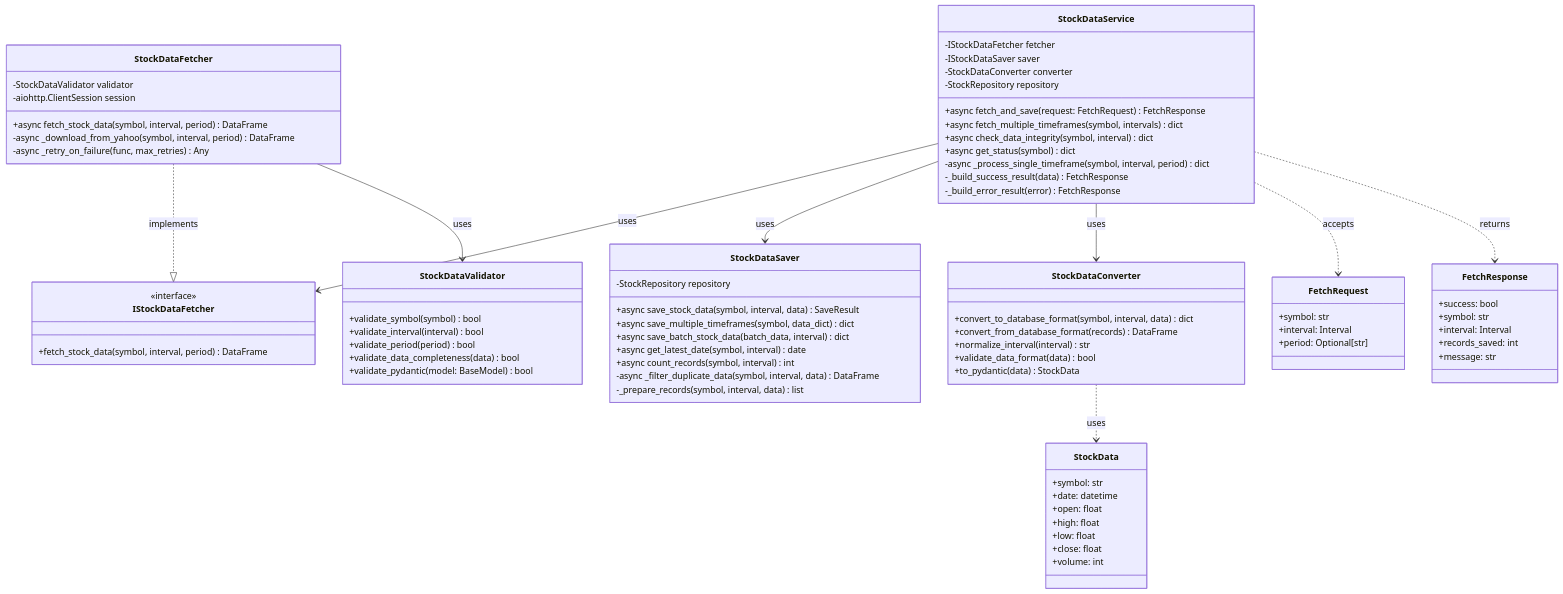
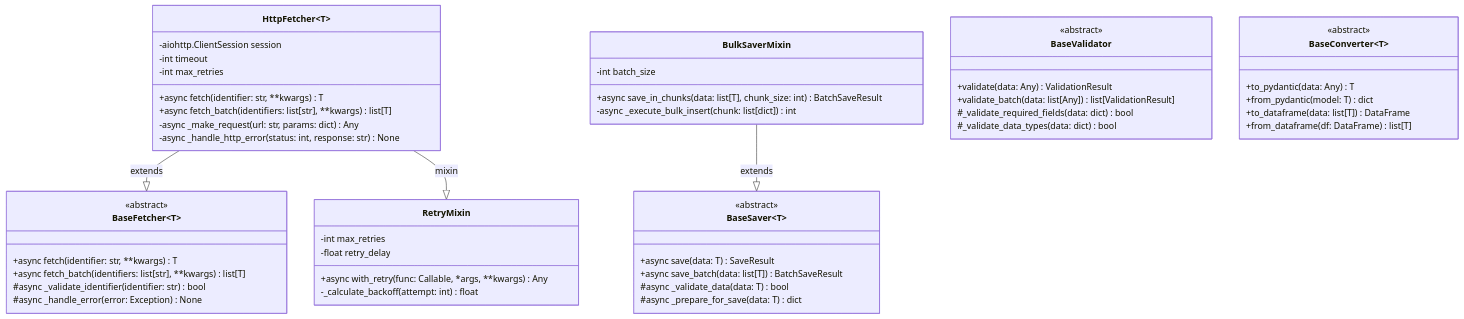
The second of 7 diagrams in docs/architecture/layers/service_layer.md (TIMMY-WEST/STOCK-INVESTMENT-ANALYZER), drawn with Mermaid before and after one commit. The commit also changed other lines of this file, not shown here.

````diff
--- a/docs/architecture/layers/service_layer.md
+++ b/docs/architecture/layers/service_layer.md
@@ -397,91 +546,61 @@
 ```mermaid
 classDiagram
-    class IStockDataFetcher {
-        <<interface>>
-        +fetch_stock_data(symbol, interval, period) DataFrame
+    class BaseFetcher~T~ {
+        <<abstract>>
+        +async fetch(identifier: str, **kwargs) T
+        +async fetch_batch(identifiers: list[str], **kwargs) list[T]
+        #async _validate_identifier(identifier: str) bool
+        #async _handle_error(error: Exception) None
     }
 
-    class StockDataService {
-        -IStockDataFetcher fetcher
-        -IStockDataSaver saver
-        -StockDataConverter converter
-        -StockRepository repository
-        +async fetch_and_save(request: FetchRequest) FetchResponse
-        +async fetch_multiple_timeframes(symbol, intervals) dict
-        +async check_data_integrity(symbol, interval) dict
-        +async get_status(symbol) dict
-        -async _process_single_timeframe(symbol, interval, period) dict
-        -_build_success_result(data) FetchResponse
-        -_build_error_result(error) FetchResponse
+    class HttpFetcher~T~ {
+        -aiohttp.ClientSession session
+        -int timeout
+        -int max_retries
+        +async fetch(identifier: str, **kwargs) T
+        +async fetch_batch(identifiers: list[str], **kwargs) list[T]
+        -async _make_request(url: str, params: dict) Any
+        -async _handle_http_error(status: int, response: str) None
     }
 
-    class StockDataFetcher {
-        -StockDataValidator validator
-        -aiohttp.ClientSession session
-        +async fetch_stock_data(symbol, interval, period) DataFrame
-        -async _download_from_yahoo(symbol, interval, period) DataFrame
-        -async _retry_on_failure(func, max_retries) Any
+    class RetryMixin {
+        -int max_retries
+        -float retry_delay
+        +async with_retry(func: Callable, *args, **kwargs) Any
+        -_calculate_backoff(attempt: int) float
     }
 
-    class StockDataSaver {
-        -StockRepository repository
-        +async save_stock_data(symbol, interval, data) SaveResult
-        +async save_multiple_timeframes(symbol, data_dict) dict
-        +async save_batch_stock_data(batch_data, interval) dict
-        +async get_latest_date(symbol, interval) date
-        +async count_records(symbol, interval) int
-        -async _filter_duplicate_data(symbol, interval, data) DataFrame
-        -_prepare_records(symbol, interval, data) list
+    class BaseSaver~T~ {
+        <<abstract>>
+        +async save(data: T) SaveResult
+        +async save_batch(data: list[T]) BatchSaveResult
+        #async _validate_data(data: T) bool
+        #async _prepare_for_save(data: T) dict
     }
 
-    class StockDataConverter {
-        +convert_to_database_format(symbol, interval, data) dict
-        +convert_from_database_format(records) DataFrame
-        +normalize_interval(interval) str
-        +validate_data_format(data) bool
-        +to_pydantic(data) StockData
+    class BulkSaverMixin {
+        -int batch_size
+        +async save_in_chunks(data: list[T], chunk_size: int) BatchSaveResult
+        -async _execute_bulk_insert(chunk: list[dict]) int
     }
 
-    class StockDataValidator {
-        +validate_symbol(symbol) bool
-        +validate_interval(interval) bool
-        +validate_period(period) bool
-        +validate_data_completeness(data) bool
-        +validate_pydantic(model: BaseModel) bool
+    class BaseValidator {
+        <<abstract>>
+        +validate(data: Any) ValidationResult
+        +validate_batch(data: list[Any]) list[ValidationResult]
+        #_validate_required_fields(data: dict) bool
+        #_validate_data_types(data: dict) bool
     }
 
-    %% Pydanticモデル
-    class FetchRequest {
-        +symbol: str
-        +interval: Interval
-        +period: Optional[str]
+    class BaseConverter~T~ {
+        <<abstract>>
+        +to_pydantic(data: Any) T
+        +from_pydantic(model: T) dict
+        +to_dataframe(data: list[T]) DataFrame
+        +from_dataframe(df: DataFrame) list[T]
     }
 
-    class FetchResponse {
-        +success: bool
-        +symbol: str
-        +interval: Interval
-        +records_saved: int
-        +message: str
-    }
-
-    class StockData {
-        +symbol: str
-        +date: datetime
-        +open: float
-        +high: float
-        +low: float
-        +close: float
-        +volume: int
-    }
-
-    StockDataService --> IStockDataFetcher : uses
-    StockDataService --> StockDataSaver : uses
-    StockDataService --> StockDataConverter : uses
-    StockDataFetcher ..|> IStockDataFetcher : implements
-    StockDataFetcher --> StockDataValidator : uses
-
-    StockDataService ..> FetchRequest : accepts
-    StockDataService ..> FetchResponse : returns
-    StockDataConverter ..> StockData : uses
+    HttpFetcher~T~ --|> BaseFetcher~T~ : extends
+    HttpFetcher~T~ --|> RetryMixin : mixin
+    BulkSaverMixin --|> BaseSaver~T~ : extends
 ```
````
